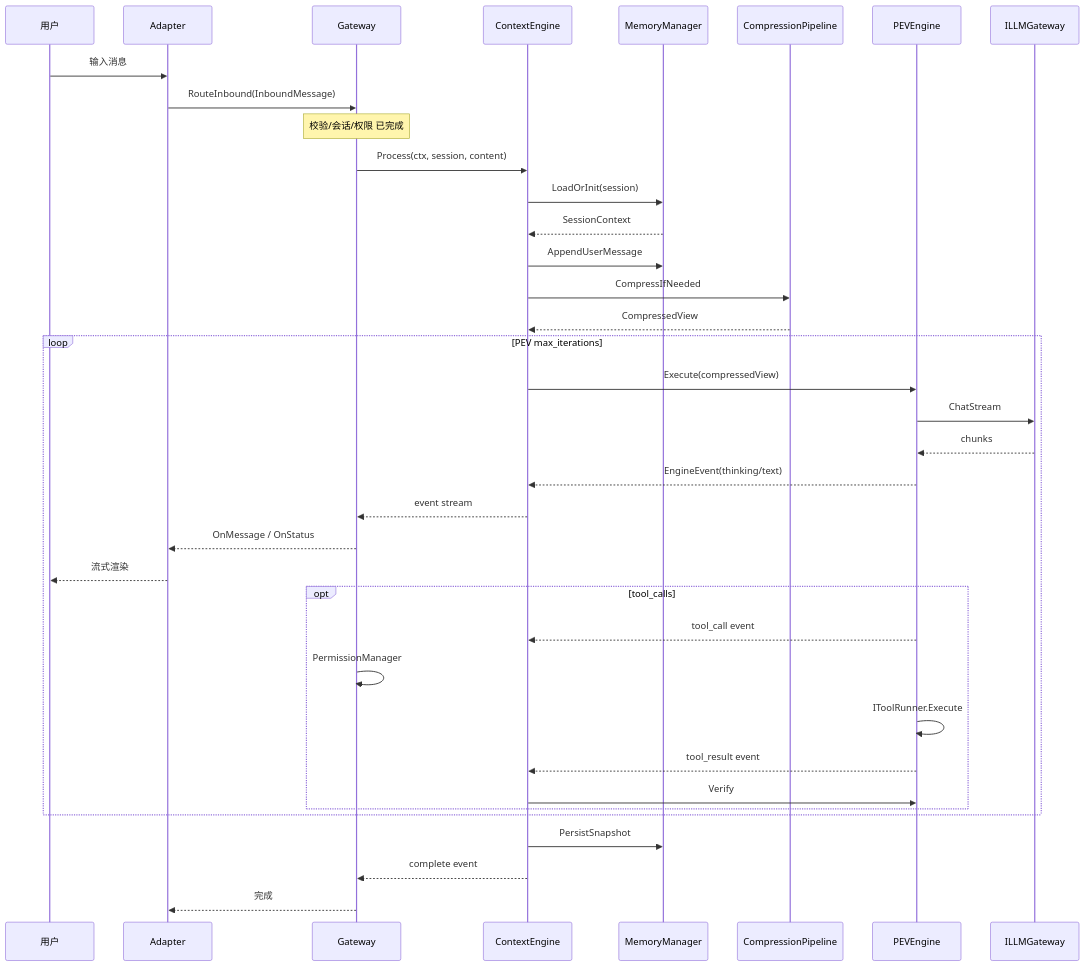
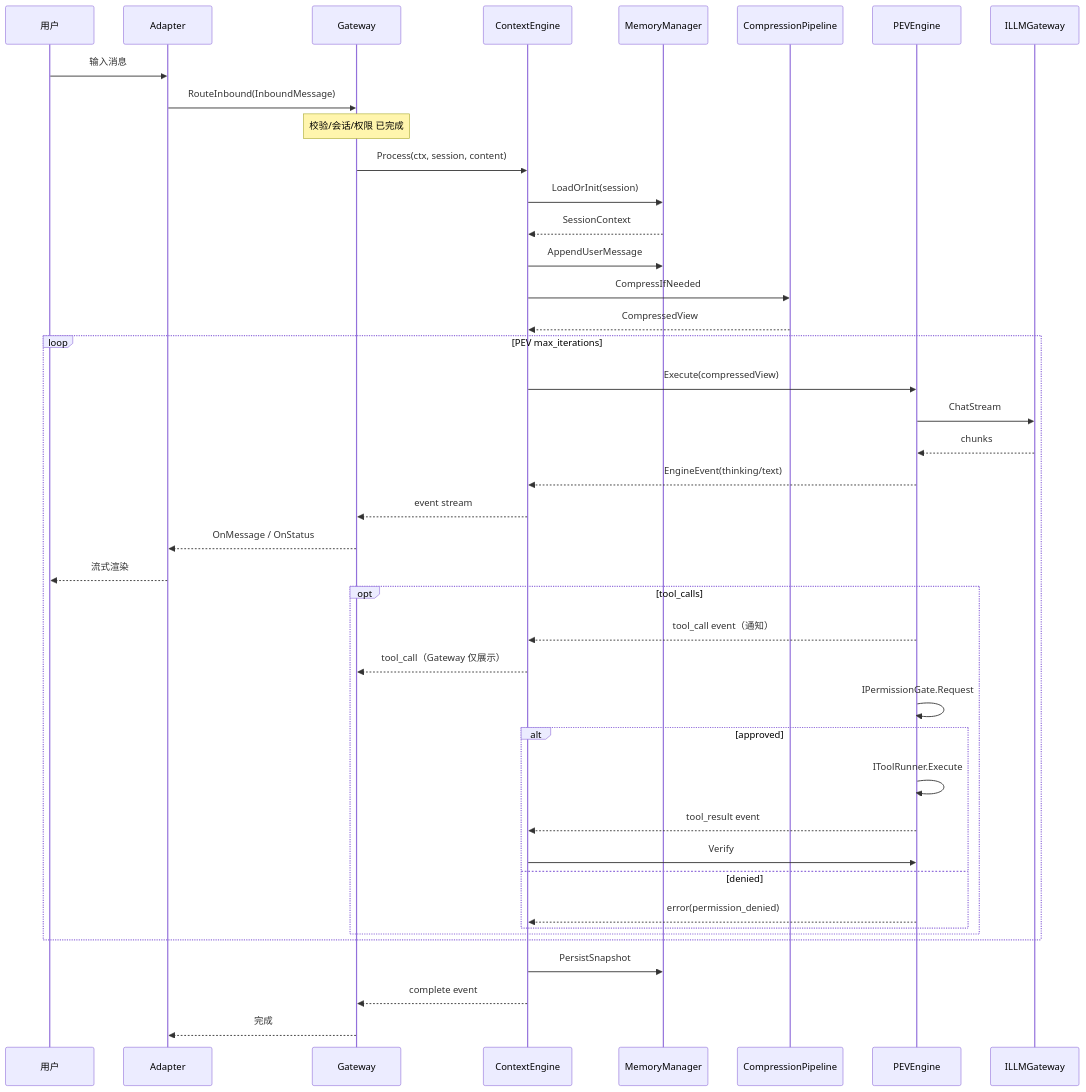
One commit to fqntxmqee/devrix changed the first of 2 diagrams in docs/context-engine-design.md. Above: the diagram before and after it, drawn with Mermaid. The commit also changed other lines of this file and 7 other files, not shown here.

````diff
--- a/docs/context-engine-design.md
+++ b/docs/context-engine-design.md
@@ -96,44 +96,49 @@
 ```mermaid
 sequenceDiagram
     participant U as 用户
     participant A as Adapter
     participant G as Gateway
     participant C as ContextEngine
     participant M as MemoryManager
     participant P as CompressionPipeline
     participant V as PEVEngine
     participant L as ILLMGateway
 
     U->>A: 输入消息
     A->>G: RouteInbound(InboundMessage)
     Note over G: 校验/会话/权限 已完成
     G->>C: Process(ctx, session, content)
 
     C->>M: LoadOrInit(session)
     M-->>C: SessionContext
     C->>M: AppendUserMessage
     C->>P: CompressIfNeeded
     P-->>C: CompressedView
 
     loop PEV max_iterations
         C->>V: Execute(compressedView)
         V->>L: ChatStream
         L-->>V: chunks
         V-->>C: EngineEvent(thinking/text)
         C-->>G: event stream
         G-->>A: OnMessage / OnStatus
         A-->>U: 流式渲染
 
         opt tool_calls
-            V-->>C: tool_call event
-            G->>G: PermissionManager
-            V->>V: IToolRunner.Execute
-            V-->>C: tool_result event
-            C->>V: Verify
+            V-->>C: tool_call event（通知）
+            C-->>G: tool_call（Gateway 仅展示）
+            V->>V: IPermissionGate.Request
+            alt approved
+                V->>V: IToolRunner.Execute
+                V-->>C: tool_result event
+                C->>V: Verify
+            else denied
+                V-->>C: error(permission_denied)
+            end
         end
     end
 
     C->>M: PersistSnapshot
     C-->>G: complete event
     G-->>A: 完成
 ```
````
